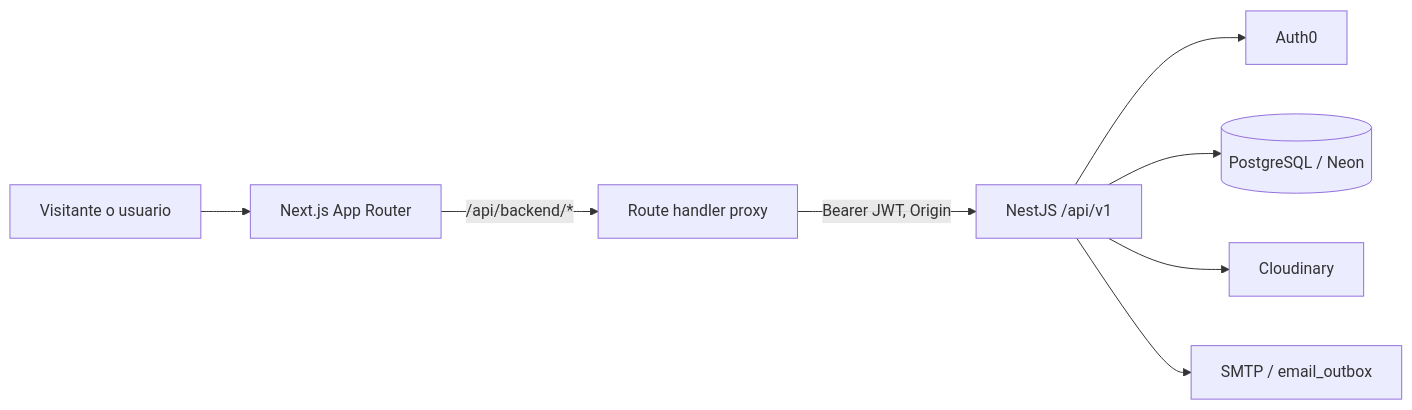
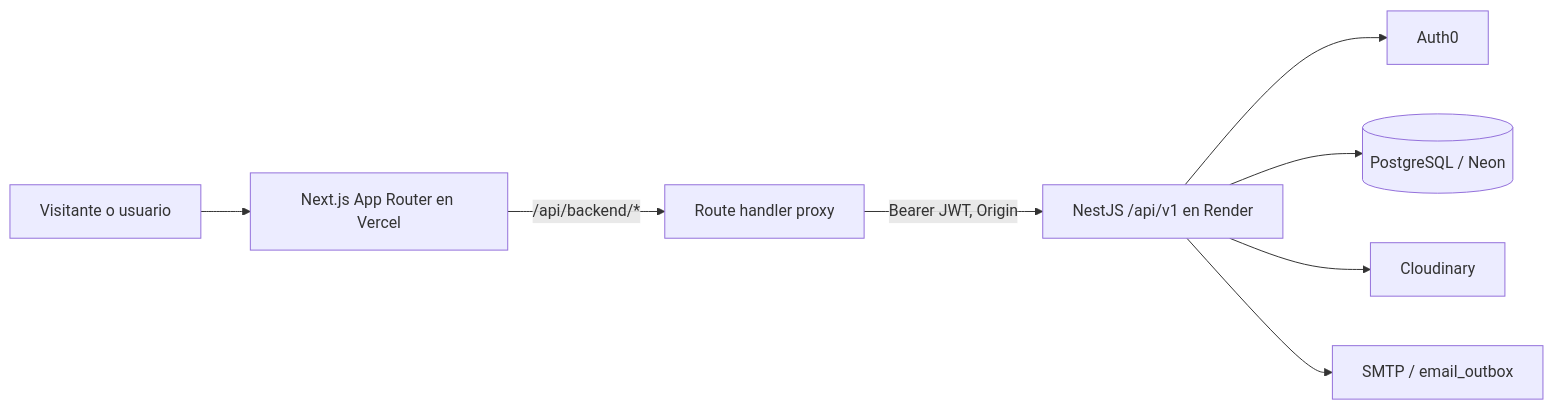
One commit to Julianlo3/SANA changed the first of 2 diagrams in prompt master/SUPERPROMPT.md. Above: the diagram before and after it, drawn with Mermaid. The commit also changed other lines of this file and 30 other files, not shown here.

````diff
--- a/prompt master/SUPERPROMPT.md
+++ b/prompt master/SUPERPROMPT.md
@@ -367,10 +371,10 @@
 ```mermaid
 flowchart LR
-  U[Visitante o usuario] --> FE[Next.js App Router]
+  U[Visitante o usuario] --> FE[Next.js App Router en Vercel]
   FE -->|/api/backend/*| BFF[Route handler proxy]
-  BFF -->|Bearer JWT, Origin| API[NestJS /api/v1]
+  BFF -->|Bearer JWT, Origin| API[NestJS /api/v1 en Render]
   API --> AUTH[Auth0]
   API --> DB[(PostgreSQL / Neon)]
   API --> CLD[Cloudinary]
   API --> SMTP[SMTP / email_outbox]
 ```
````
